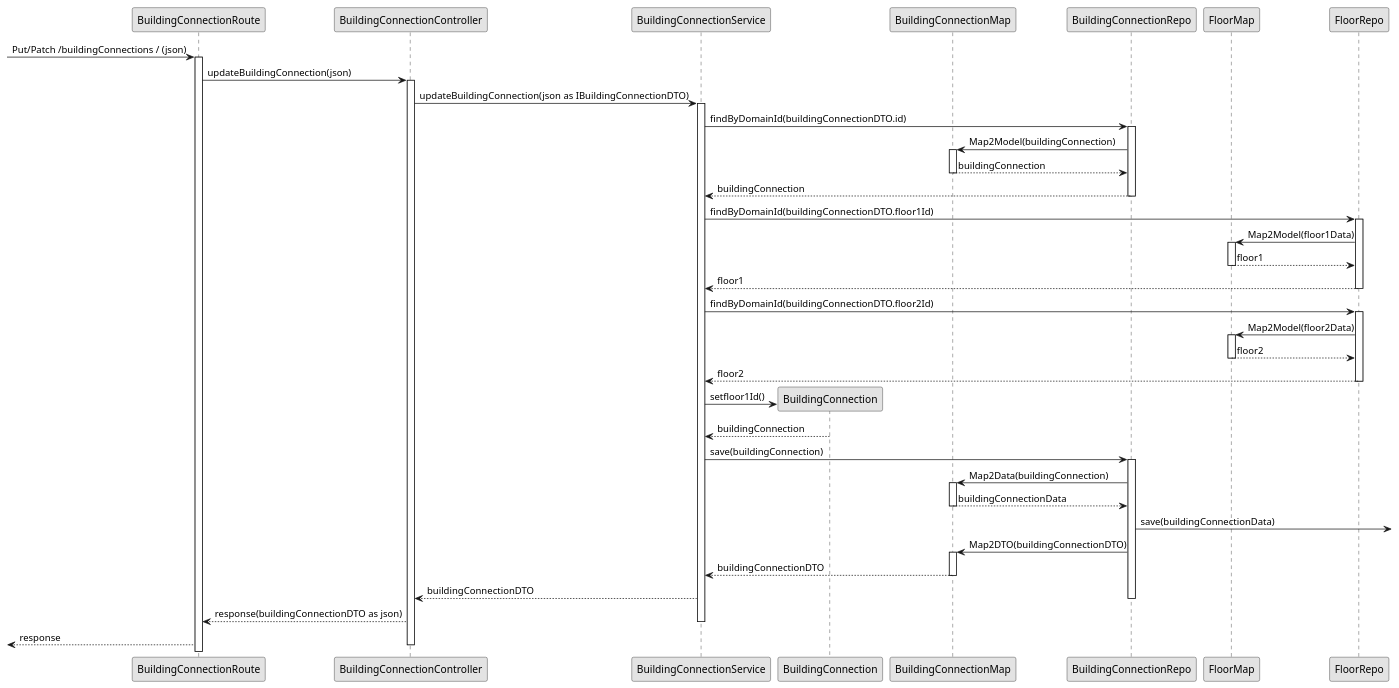
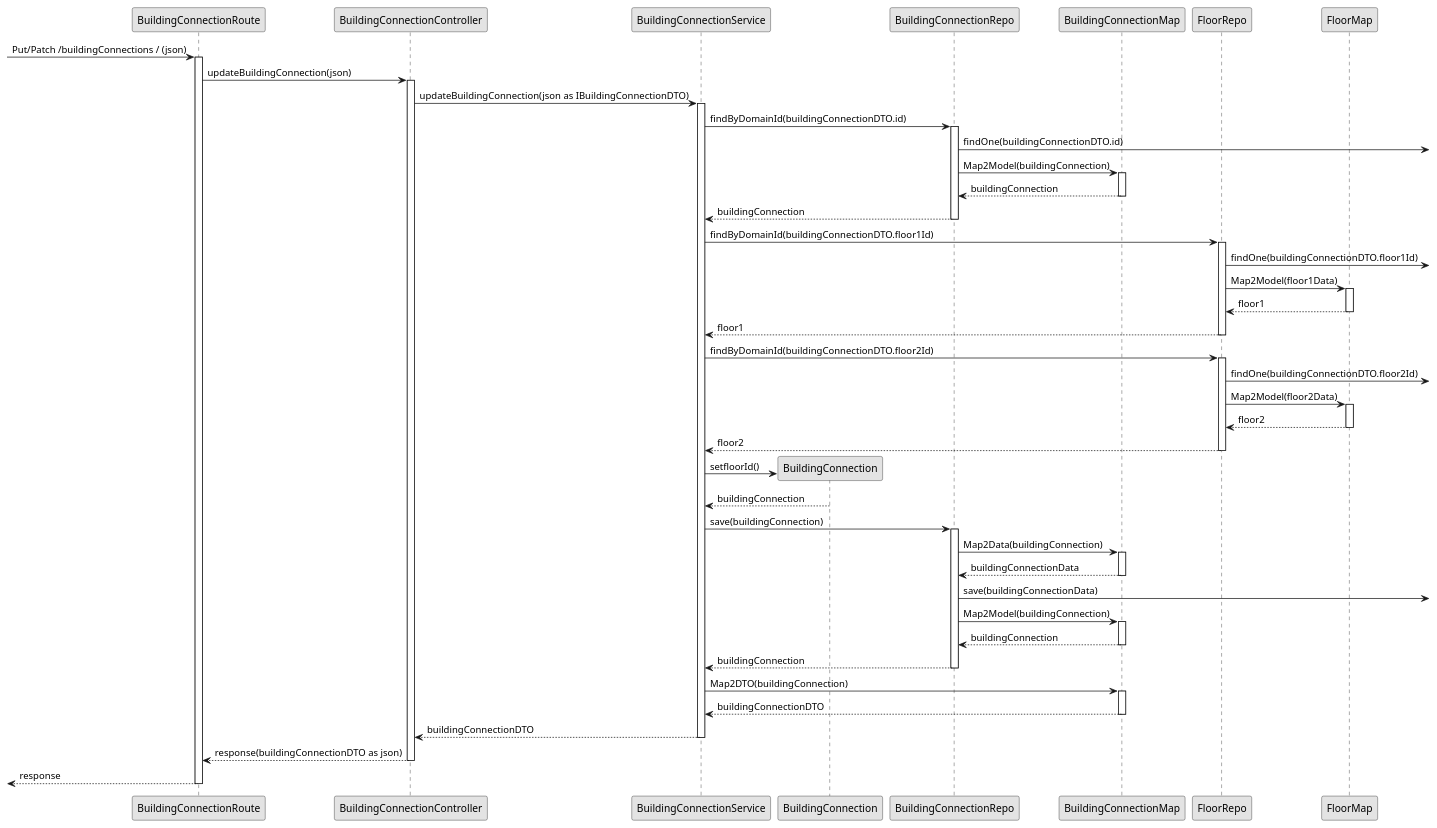
One commit to 1201293/sem5pi-23-24-68 changed the diagram in WikiMasterDataDevices/Vista Processos/US250/n3vp-us250.puml. Above: the diagram before and after it, drawn with PlantUML. The commit also changed 8 other files, not shown here.

```diff
--- a/WikiMasterDataDevices/Vista Processos/US250/n3vp-us250.puml
+++ b/WikiMasterDataDevices/Vista Processos/US250/n3vp-us250.puml
@@ -1,69 +1,79 @@
 @startuml
 'http://plantuml.com/skinparam.html
 skinparam monochrome true
 skinparam packageStyle rect
 skinparam shadowing false
 
 
 participant BuildingConnectionRoute  as route
 participant BuildingConnectionController as controller
 participant BuildingConnectionService as service
 participant BuildingConnection as domain
+participant BuildingConnectionRepo as repo
 participant BuildingConnectionMap as mapper
-participant BuildingConnectionRepo as repo
+participant FloorRepo as repoFloor
 participant FloorMap as mapperFloor
-participant FloorRepo as repoFloor
+
 
 
 
 -> route: Put/Patch /buildingConnections / (json)
 activate route
   route -> controller: updateBuildingConnection(json)
   activate controller
     controller -> service: updateBuildingConnection(json as IBuildingConnectionDTO)
     activate service
     service -> repo: findByDomainId(buildingConnectionDTO.id)
     activate repo
+    repo -> : findOne(buildingConnectionDTO.id)
     repo -> mapper: Map2Model(buildingConnection)
     activate mapper
     mapper --> repo: buildingConnection
     deactivate
     repo --> service: buildingConnection
     deactivate
     service -> repoFloor: findByDomainId(buildingConnectionDTO.floor1Id)
     activate repoFloor
+    repoFloor -> : findOne(buildingConnectionDTO.floor1Id)
     repoFloor -> mapperFloor: Map2Model(floor1Data)
     activate mapperFloor
     mapperFloor --> repoFloor: floor1
     deactivate
     repoFloor --> service: floor1
     deactivate
     service -> repoFloor: findByDomainId(buildingConnectionDTO.floor2Id)
     activate repoFloor
+    repoFloor -> : findOne(buildingConnectionDTO.floor2Id)
     repoFloor -> mapperFloor: Map2Model(floor2Data)
     activate mapperFloor
     mapperFloor --> repoFloor: floor2
     deactivate
     repoFloor --> service: floor2
     deactivate
-    service -> domain**: setfloor1Id()
+    service -> domain**: setfloorId()
     domain --> service: buildingConnection
     service -> repo: save(buildingConnection)
     activate  repo
     repo -> mapper: Map2Data(buildingConnection)
     activate mapper
     mapper --> repo: buildingConnectionData
     deactivate
     repo -> : save(buildingConnectionData)
-    repo -> mapper: Map2DTO(buildingConnectionDTO)
+    repo -> mapper: Map2Model(buildingConnection)
     activate mapper
-    mapper--> service: buildingConnectionDTO
+    mapper --> repo: buildingConnection
+    deactivate
+    repo --> service: buildingConnection
+    deactivate
+    service -> mapper: Map2DTO(buildingConnection)
+    activate mapper
+    mapper --> service: buildingConnectionDTO
     deactivate
     service --> controller: buildingConnectionDTO
     deactivate
     controller --> route: response(buildingConnectionDTO as json)
     deactivate
     <-- route: response
     deactivate
 
 @enduml
```
